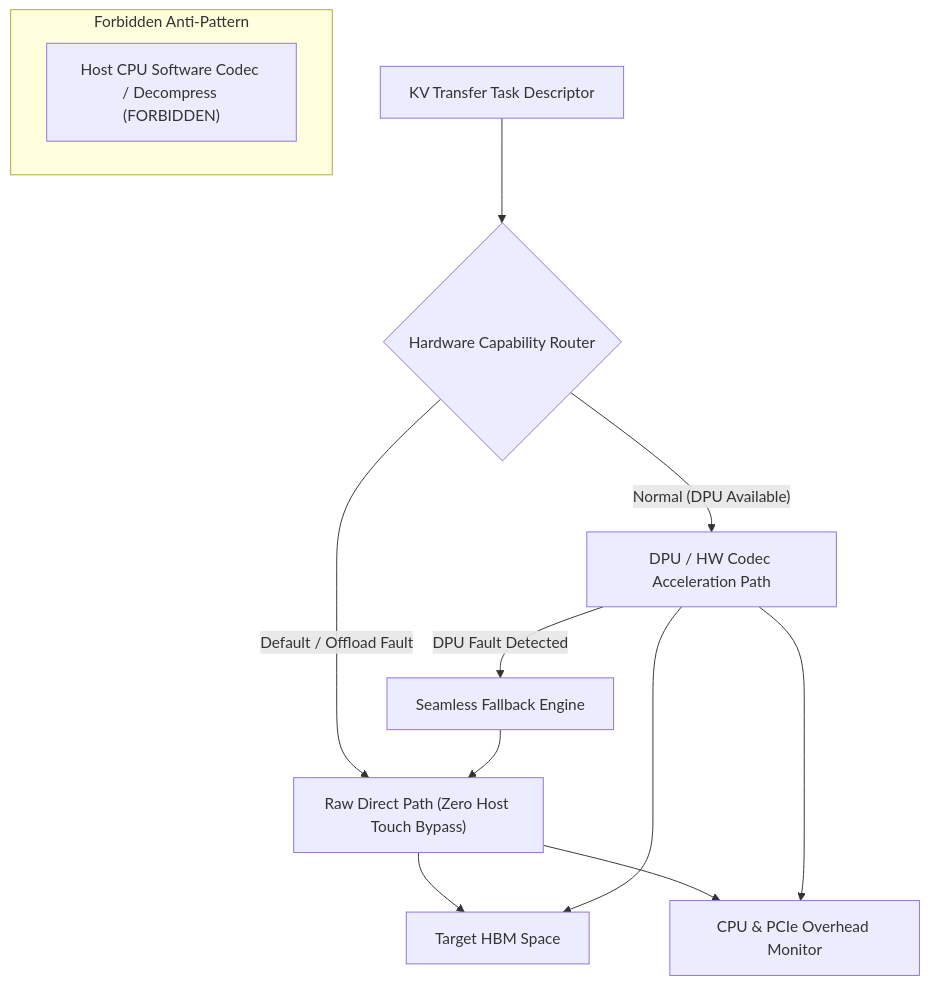
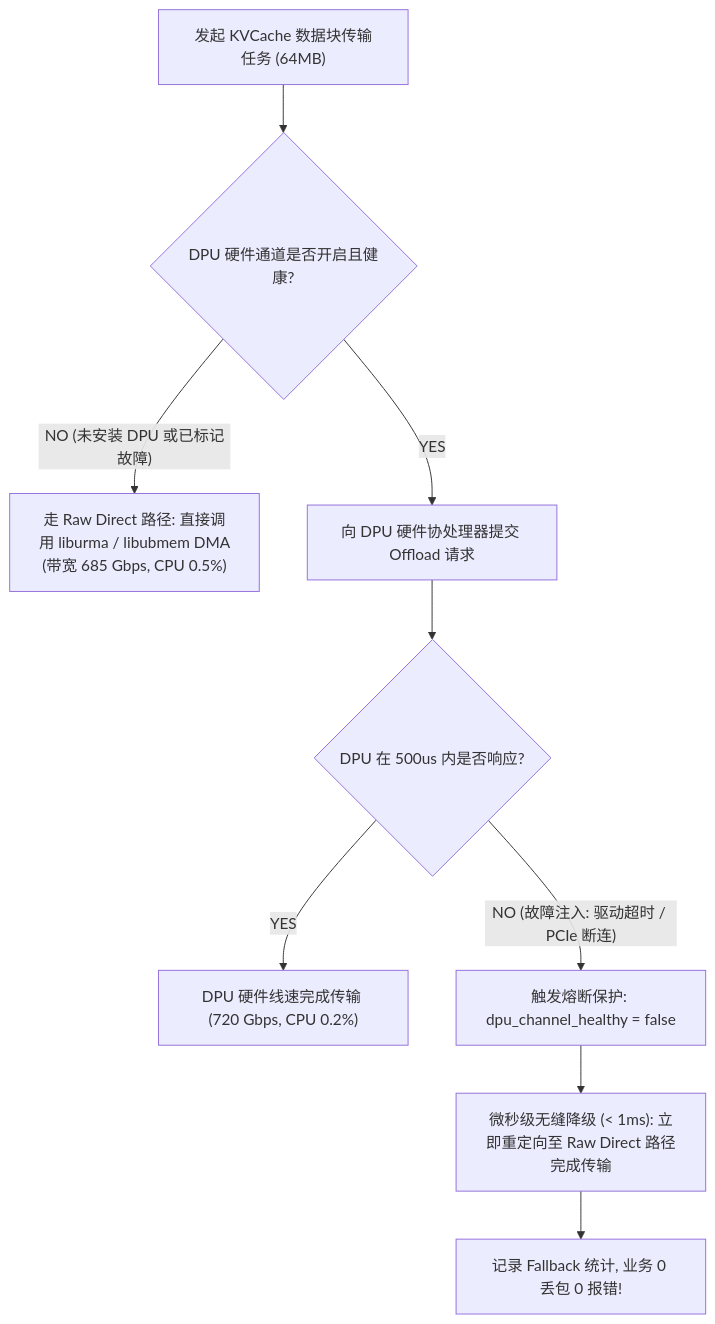
One commit to stonetree/reports changed the diagram in kvcache/unified_kv_memory/提前验证方案设计/验证计划方案设计/11_CVT-03_DPU-Codec-CQ卸载必要性与RawDirect无缝Fallback证伪实施方案设计.md. Above: the diagram before and after it, drawn with Mermaid. The commit also changed other lines of this file and 51 other files, not shown here.

````diff
--- a/kvcache/unified_kv_memory/提前验证方案设计/验证计划方案设计/11_CVT-03_DPU-Codec-CQ卸载必要性与RawDirect无缝Fallback证伪实施方案设计.md
+++ b/kvcache/unified_kv_memory/提前验证方案设计/验证计划方案设计/11_CVT-03_DPU-Codec-CQ卸载必要性与RawDirect无缝Fallback证伪实施方案设计.md
@@ -54,19 +54,12 @@
 ```mermaid
 flowchart TD
-    Task["KV Transfer Task Descriptor"] --> Router{"Hardware Capability Router"}
-
-    Router -- "Normal (DPU Available)" --> DPU_Path["DPU / HW Codec Acceleration Path"]
-    Router -- "Default / Offload Fault" --> RawDirect["Raw Direct Path (Zero Host Touch Bypass)"]
-
-    DPU_Path -- "DPU Fault Detected" --> FallbackEngine["Seamless Fallback Engine"]
-    FallbackEngine --> RawDirect
-
-    RawDirect --> HBM["Target HBM Space"]
-    DPU_Path --> HBM
-
-    RawDirect & DPU_Path --> Monitor["CPU & PCIe Overhead Monitor"]
-
-    subgraph Negative_Control["Forbidden Anti-Pattern"]
-        CPU_Codec["Host CPU Software Codec / Decompress (FORBIDDEN)"]
-    end
+    Req["发起 KVCache 数据块传输任务 (64MB)"] --> CheckDPU{"DPU 硬件通道是否开启且健康?"}
+    CheckDPU -- "NO (未安装 DPU 或已标记故障)" --> SendRaw["走 Raw Direct 路径: 直接调用 liburma / libubmem DMA<br/>(带宽 685 Gbps, CPU 0.5%)"]
+    CheckDPU -- "YES" --> TryDPU["向 DPU 硬件协处理器提交 Offload 请求"]
+    
+    TryDPU --> Watchdog{"DPU 在 500us 内是否响应?"}
+    Watchdog -- "YES" --> DPU_Done["DPU 硬件线速完成传输 (720 Gbps, CPU 0.2%)"]
+    Watchdog -- "NO (故障注入: 驱动超时 / PCIe 断连)" --> TripCircuit["触发熔断保护: dpu_channel_healthy = false"]
+    TripCircuit --> Fallback["微秒级无缝降级 (< 1ms): 立即重定向至 Raw Direct 路径完成传输"]
+    Fallback --> Log["记录 Fallback 统计, 业务 0 丢包 0 报错!"]
 ```
````
